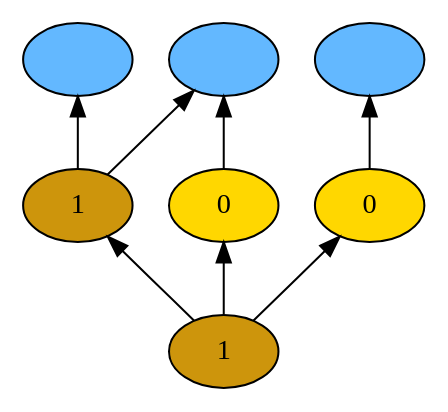
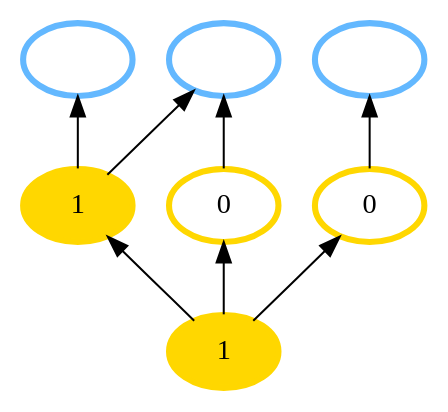
The diagram in backend/cxx/pdf_graphs/tutorial_1/dot9.dot (probcomp/Venturecxx), drawn with Graphviz before and after one commit. The commit also changed 54 other files, not shown here.

```diff
--- a/backend/cxx/pdf_graphs/tutorial_1/dot9.dot
+++ b/backend/cxx/pdf_graphs/tutorial_1/dot9.dot
@@ -1,18 +1,18 @@
 digraph {
 rankdir=BT
 fontsize=24
-1["shape" ="ellipse" "style" ="filled" "fillcolor" ="darkgoldenrod3" "label" ="1" ]
-2["shape" ="ellipse" "style" ="filled" "fillcolor" ="darkgoldenrod3" "label" ="1" ]
-3["shape" ="ellipse" "style" ="filled" "fillcolor" ="gold" "label" ="0" ]
-4["shape" ="ellipse" "style" ="filled" "fillcolor" ="gold" "label" ="0" ]
-5["shape" ="ellipse" "style" ="filled" "fillcolor" ="steelblue1" "label" ="" ]
-6["shape" ="ellipse" "style" ="filled" "fillcolor" ="steelblue1" "label" ="" ]
-7["shape" ="ellipse" "style" ="filled" "fillcolor" ="steelblue1" "label" ="" ]
+1["style" ="filled" "color" ="gold" "label" ="1" "shape" ="ellipse" "fillcolor" ="gold" "penwidth" ="3" ]
+2["style" ="filled" "color" ="gold" "label" ="1" "shape" ="ellipse" "fillcolor" ="gold" "penwidth" ="3" ]
+3["style" ="filled" "color" ="gold" "label" ="0" "shape" ="ellipse" "fillcolor" ="white" "penwidth" ="3" ]
+4["style" ="filled" "color" ="gold" "label" ="0" "shape" ="ellipse" "fillcolor" ="white" "penwidth" ="3" ]
+5["style" ="filled" "color" ="steelblue1" "label" ="" "shape" ="ellipse" "fillcolor" ="white" "penwidth" ="3" ]
+6["style" ="filled" "color" ="steelblue1" "label" ="" "shape" ="ellipse" "fillcolor" ="white" "penwidth" ="3" ]
+7["style" ="filled" "color" ="steelblue1" "label" ="" "shape" ="ellipse" "fillcolor" ="white" "penwidth" ="3" ]
 1 -> 2["color" ="black" "style" ="solid" "arrowhead" ="normal" ]
 1 -> 3["color" ="black" "style" ="solid" "arrowhead" ="normal" ]
 1 -> 4["color" ="black" "style" ="solid" "arrowhead" ="normal" ]
 2 -> 5["color" ="black" "style" ="solid" "arrowhead" ="normal" ]
 2 -> 6["color" ="black" "style" ="solid" "arrowhead" ="normal" ]
 3 -> 6["color" ="black" "style" ="solid" "arrowhead" ="normal" ]
 4 -> 7["color" ="black" "style" ="solid" "arrowhead" ="normal" ]
 }
```
